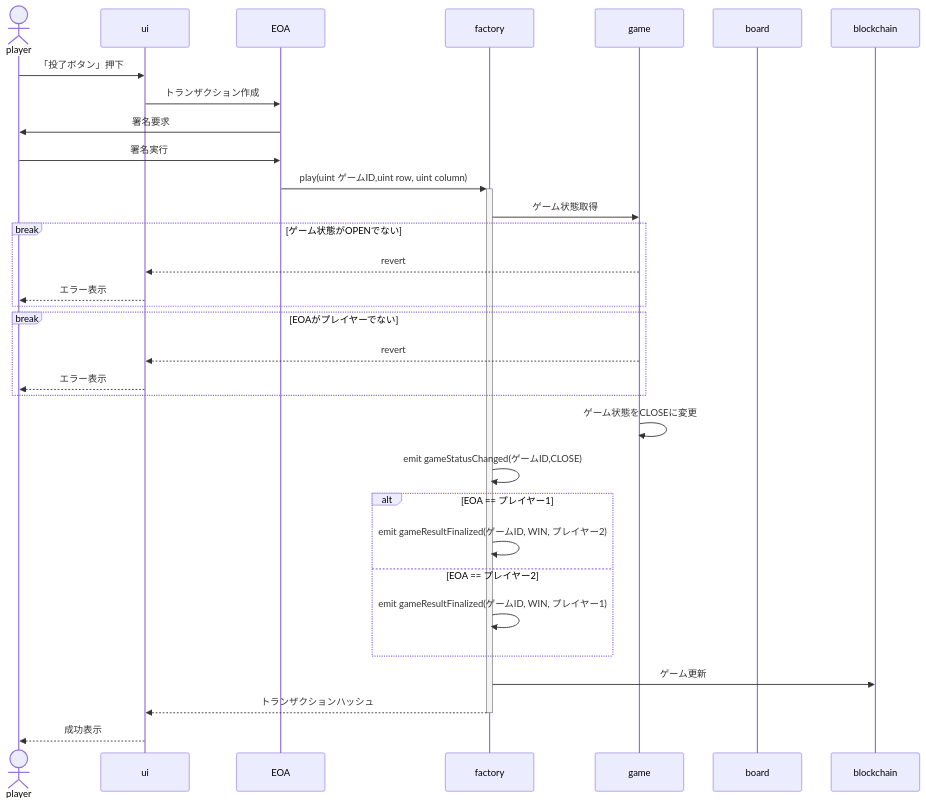
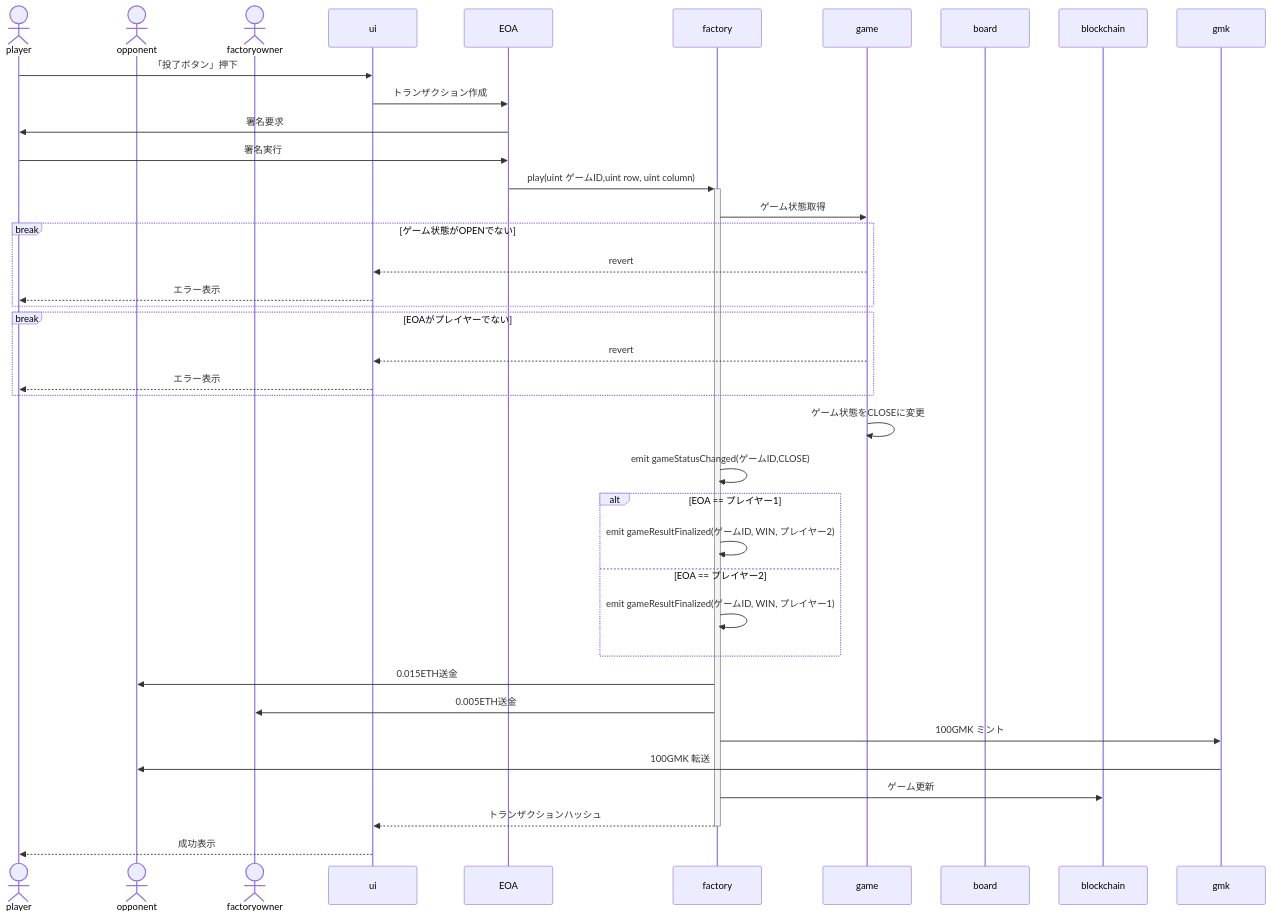
One commit to 0xHaku/preprod-gomoku changed the fourth of 4 diagrams in doc/sequence.md. Above: the diagram before and after it, drawn with Mermaid. The commit also changed other lines of this file and 12 other files, not shown here.

````diff
--- a/doc/sequence.md
+++ b/doc/sequence.md
@@ -116,36 +134,42 @@
 ```mermaid
 sequenceDiagram
     actor player
+    actor opponent
+    actor factoryowner
     participant ui
     participant EOA
     participant factory
     participant game
     participant board
     participant blockchain
+    participant gmk
 
     player->>ui: 「投了ボタン」押下
     ui->>EOA: トランザクション作成
     EOA->>player: 署名要求
     player->>EOA: 署名実行
     EOA->>+factory: play(uint ゲームID,uint row, uint column)
     factory->>game: ゲーム状態取得
     break ゲーム状態がOPENでない
         game-->>ui: revert
         ui-->>player: エラー表示
     end
     break EOAがプレイヤーでない
         game-->>ui: revert
         ui-->>player: エラー表示
     end
     game->>game: ゲーム状態をCLOSEに変更
     factory->>factory: emit gameStatusChanged(ゲームID,CLOSE)
     alt EOA == プレイヤー1
         factory->>factory: emit gameResultFinalized(ゲームID, WIN, プレイヤー2);
     else EOA == プレイヤー2
         factory->>factory: emit gameResultFinalized(ゲームID, WIN, プレイヤー1);
     end
-
+    factory->>opponent: 0.015ETH送金
+    factory->>factoryowner: 0.005ETH送金
+    factory->>gmk: 100GMK ミント
+    gmk->>opponent: 100GMK 転送
     factory->>blockchain: ゲーム更新
     factory-->>-ui: トランザクションハッシュ
     ui-->>player: 成功表示
 ```
````
